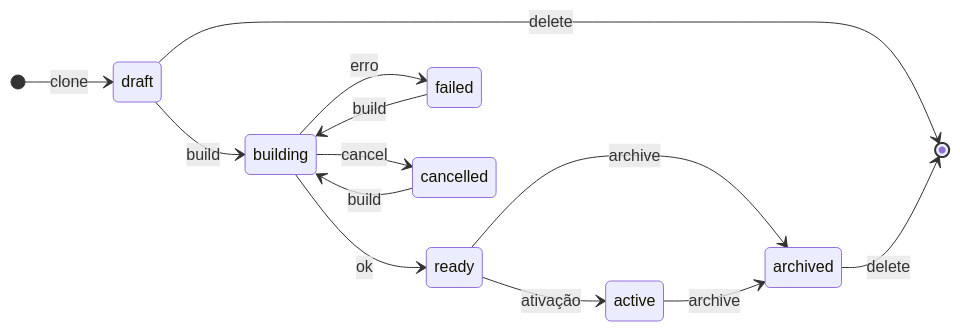
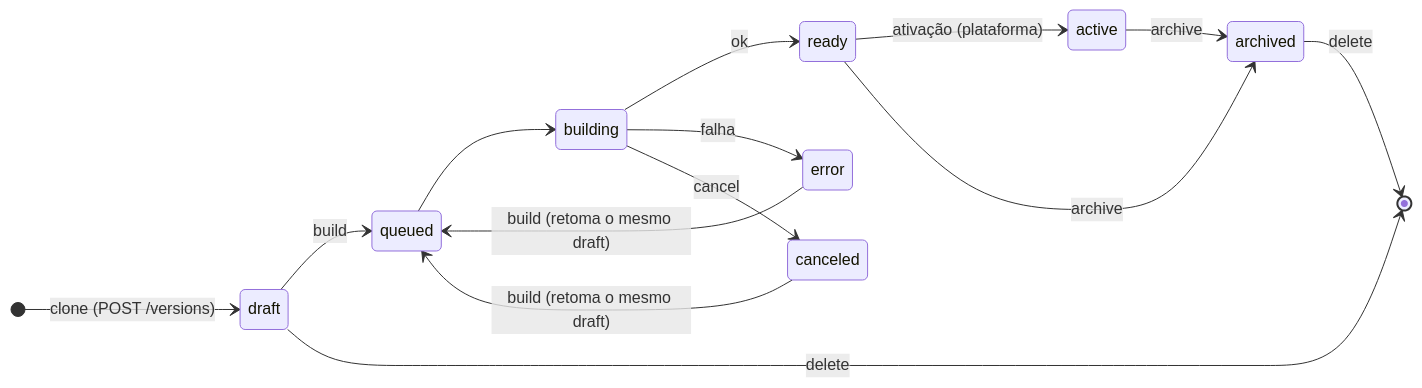
One commit to aziontech/azion-console-kit changed the third of 10 diagrams in docs/VERSION-SHELL.md. Above: the diagram before and after it, drawn with Mermaid. The commit also changed other lines of this file and 68 other files, not shown here.

````diff
--- a/docs/VERSION-SHELL.md
+++ b/docs/VERSION-SHELL.md
@@ -154,16 +310,17 @@
 ```mermaid
 stateDiagram-v2
   direction LR
-  [*] --> draft : clone
-  draft --> building : build
+  [*] --> draft : clone (POST /versions)
+  draft --> queued : build
+  queued --> building
   building --> ready : ok
-  building --> failed : erro
-  building --> cancelled : cancel
-  failed --> building : build
-  cancelled --> building : build
-  ready --> active : ativação
+  building --> error : falha
+  building --> canceled : cancel
+  error --> queued : build (retoma o mesmo draft)
+  canceled --> queued : build (retoma o mesmo draft)
+  ready --> active : ativação (plataforma)
   ready --> archived : archive
   active --> archived : archive
   draft --> [*] : delete
   archived --> [*] : delete
 ```
````
